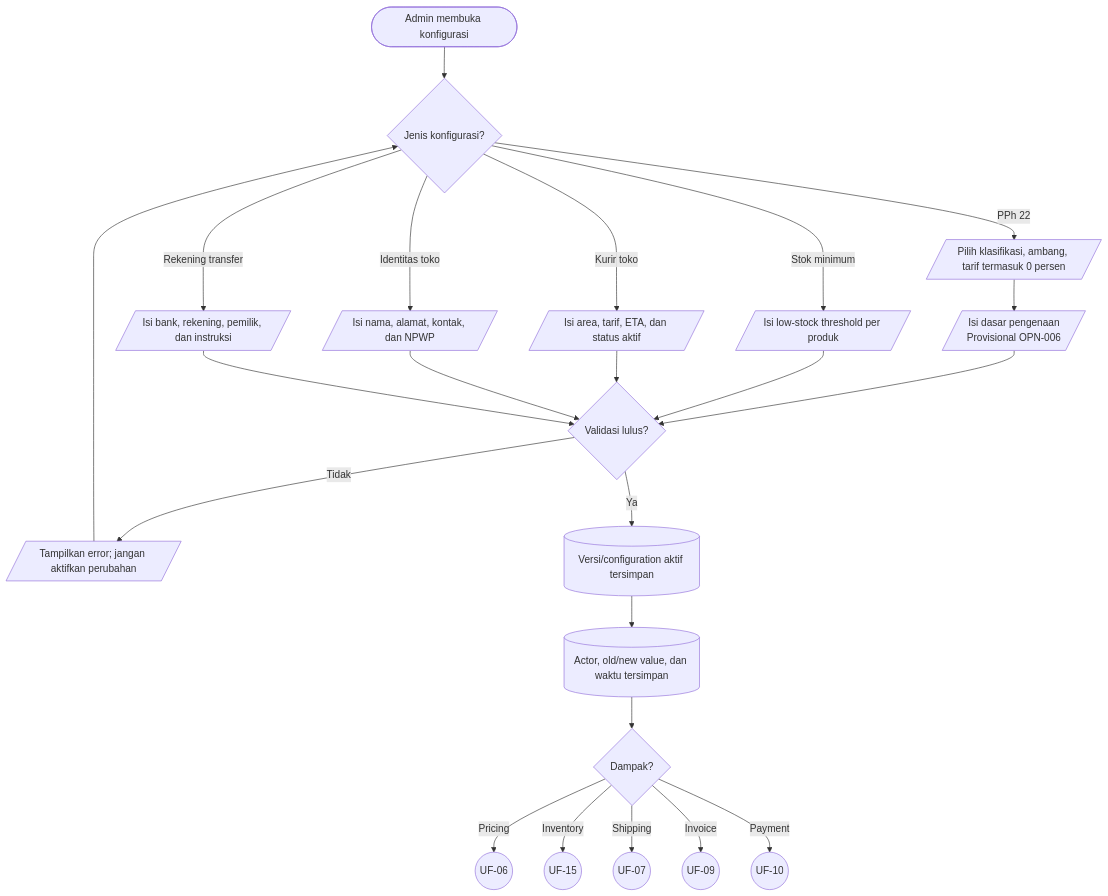
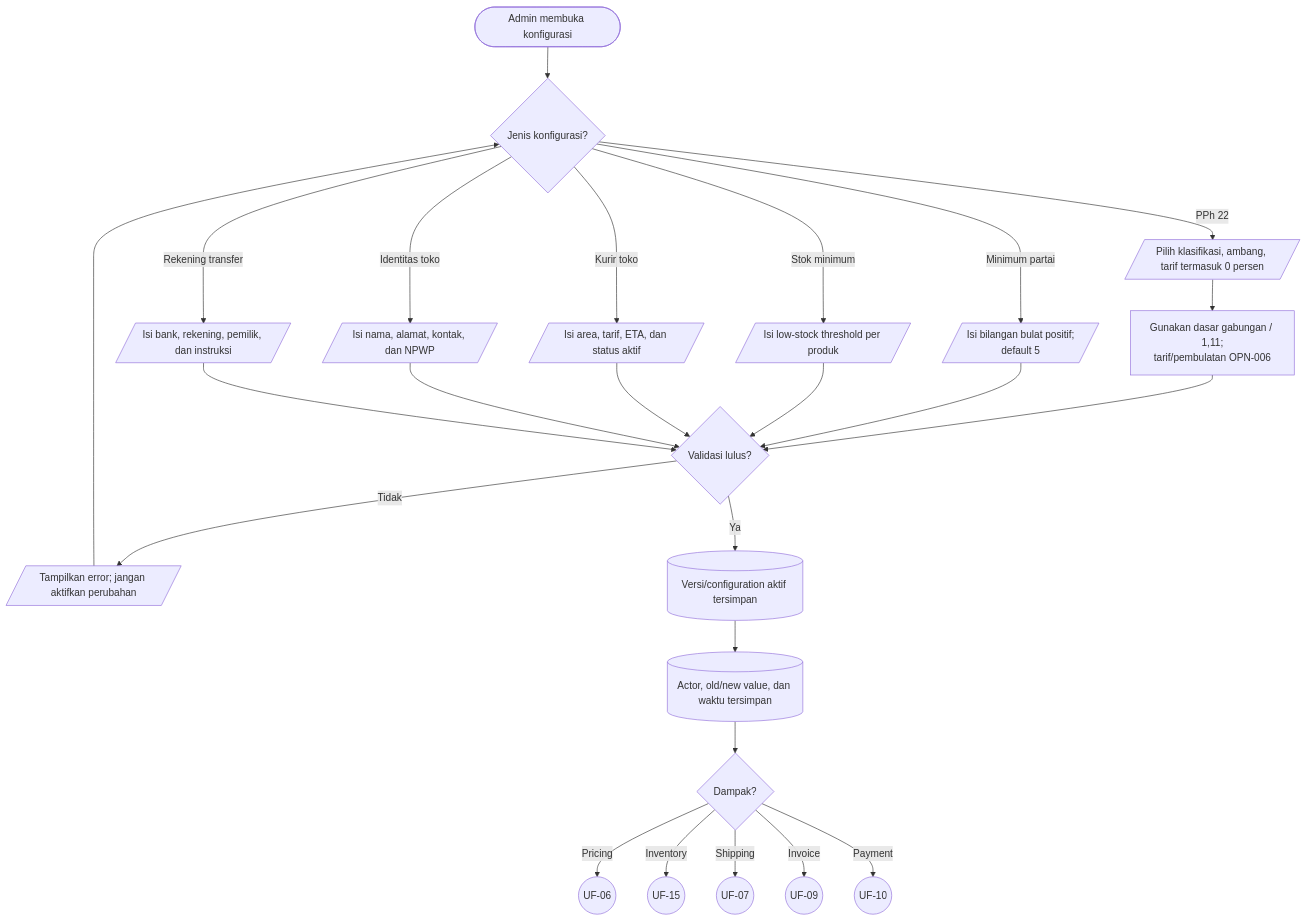
Diagram 17 of 19 in docs/design/USER_FLOWS.md (Webekspres/pixel-komunika), drawn with Mermaid before and after one commit. The commit also changed other lines of this file and 9 other files, not shown here.

````diff
--- a/docs/design/USER_FLOWS.md
+++ b/docs/design/USER_FLOWS.md
@@ -588,31 +591,33 @@
 ```mermaid
 flowchart TD
     A(["Admin membuka konfigurasi"]) --> B{"Jenis konfigurasi?"}
     B -->|PPh 22| C[/"Pilih klasifikasi, ambang, tarif termasuk 0 persen"/]
-    C --> D[/"Isi dasar pengenaan<br/>Provisional OPN-006"/]
+    C --> D["Gunakan dasar gabungan / 1,11;<br/>tarif/pembulatan OPN-006"]
+    B -->|Minimum partai| D1[/"Isi bilangan bulat positif;<br/>default 5"/]
     B -->|Stok minimum| E[/"Isi low-stock threshold per produk"/]
     B -->|Kurir toko| F[/"Isi area, tarif, ETA, dan status aktif"/]
     B -->|Identitas toko| G[/"Isi nama, alamat, kontak, dan NPWP"/]
     B -->|Rekening transfer| H[/"Isi bank, rekening, pemilik, dan instruksi"/]
     D --> I{"Validasi lulus?"}
+    D1 --> I
     E --> I
     F --> I
     G --> I
     H --> I
     I -->|Tidak| J[/"Tampilkan error; jangan aktifkan perubahan"/]
     J --> B
     I -->|Ya| K[("Versi/configuration aktif tersimpan")]
     K --> L[("Actor, old/new value, dan waktu tersimpan")]
     L --> M{"Dampak?"}
     M -->|Pricing| C_UF06((UF-06))
     M -->|Inventory| C_UF15((UF-15))
     M -->|Shipping| C_UF07((UF-07))
     M -->|Invoice| C_UF09((UF-09))
     M -->|Payment| C_UF10((UF-10))
 
     click C_UF06 "#uf-06-rekalkulasi-harga-dan-pph-22"
     click C_UF07 "#uf-07-alamat-dan-pengiriman"
     click C_UF09 "#uf-09-sales-order-pos-dan-invoice"
     click C_UF10 "#uf-10-pengajuan-pembayaran"
     click C_UF15 "#uf-15-sinkronisasi-dan-stok-efektif"
 ```
````
